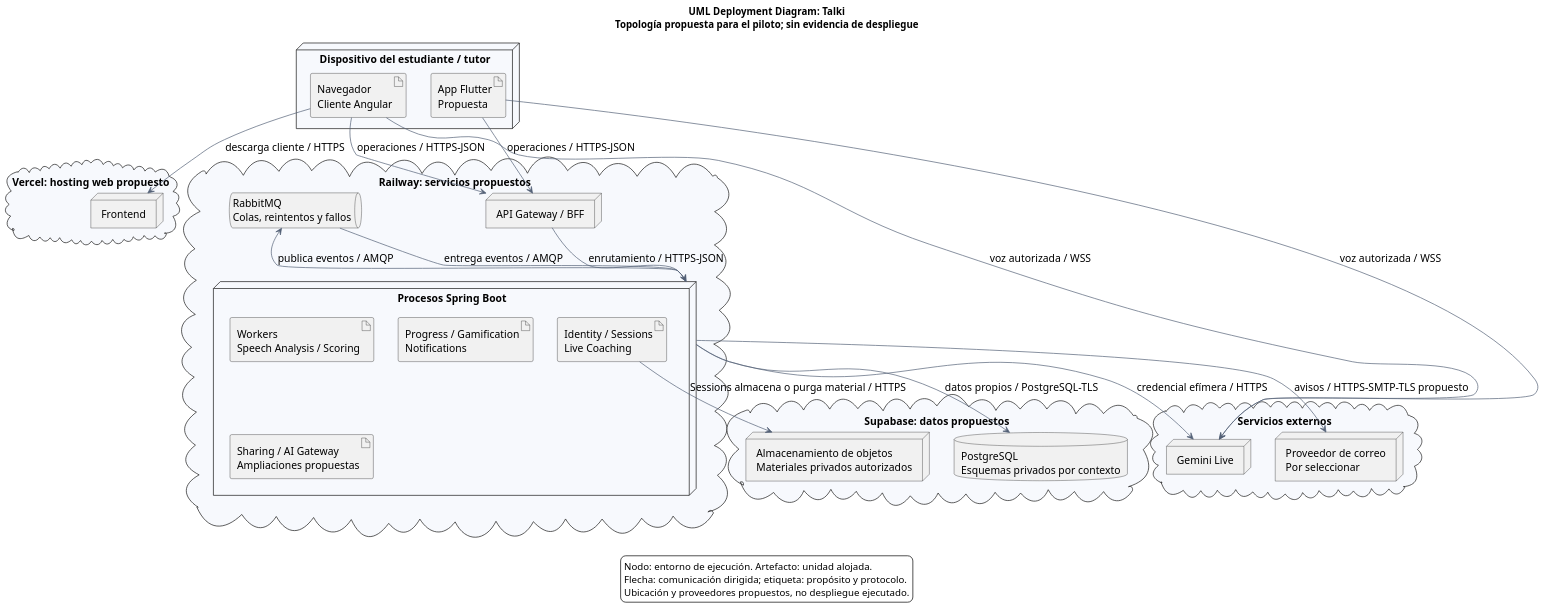
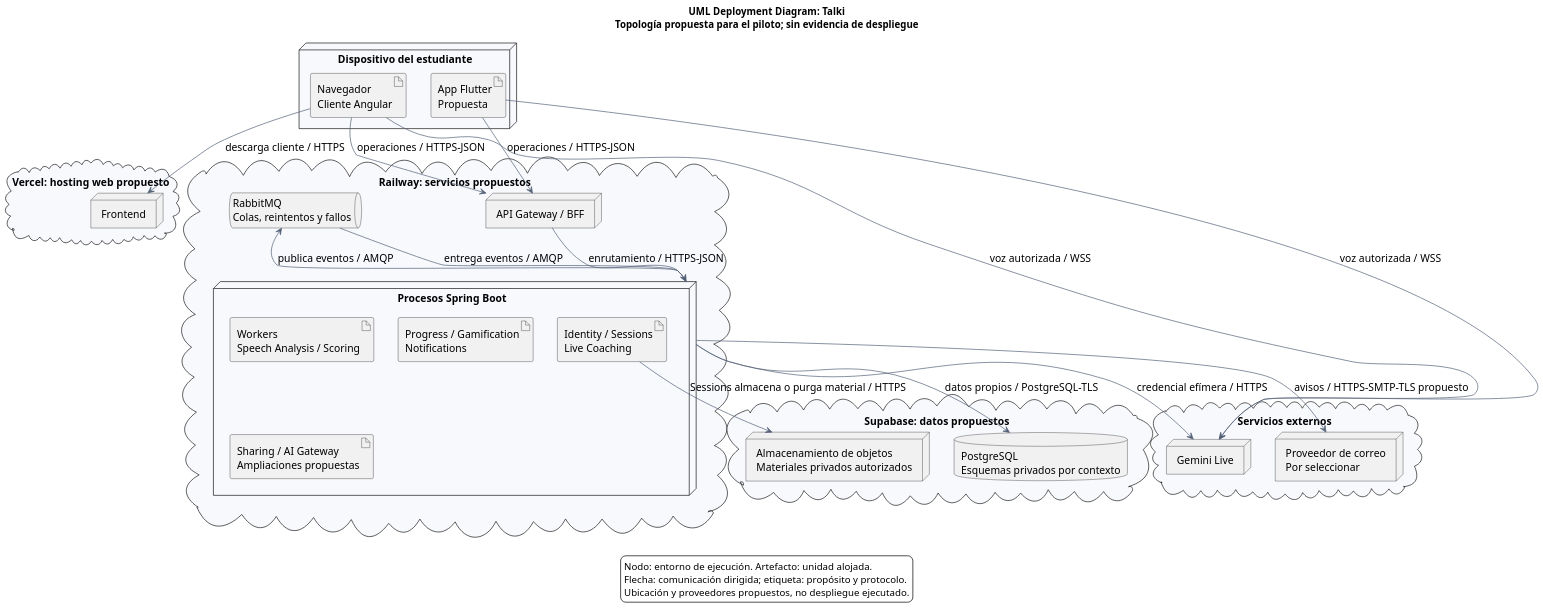
The diagram in assets/diagrams/c4/deployment.puml (upc-pre-202620-si728-16365-thropic/talki-project-report), drawn with PlantUML before and after one commit. The commit also changed 72 other files, not shown here.

```diff
--- a/assets/diagrams/c4/deployment.puml
+++ b/assets/diagrams/c4/deployment.puml
@@ -1,60 +1,60 @@
 @startuml
 skinparam defaultFontName Arial
 skinparam defaultFontSize 15
 skinparam shadowing false
 skinparam componentStyle uml2
 skinparam backgroundColor white
 skinparam componentBackgroundColor #EAF0FF
 skinparam componentBorderColor #1749B5
 skinparam ArrowColor #536177
 skinparam packageBackgroundColor #F7F9FD
 skinparam dpi 130
 skinparam nodesep 35
 skinparam ranksep 50
 title
 UML Deployment Diagram: Talki
 Topología propuesta para el piloto; sin evidencia de despliegue
 end title
-node "Dispositivo del estudiante / tutor" {
+node "Dispositivo del estudiante" {
   artifact "Navegador\nCliente Angular" as browser
   artifact "App Flutter\nPropuesta" as mobile
 }
 cloud "Vercel: hosting web propuesto" {
   node "Frontend" as frontend
 }
 cloud "Railway: servicios propuestos" {
   node "API Gateway / BFF" as gateway
   node "Procesos Spring Boot" as services {
     artifact "Identity / Sessions\nLive Coaching" as core
     artifact "Workers\nSpeech Analysis / Scoring" as workers
     artifact "Progress / Gamification\nNotifications" as support
     artifact "Sharing / AI Gateway\nAmpliaciones propuestas" as extension
   }
   queue "RabbitMQ\nColas, reintentos y fallos" as broker
 }
 cloud "Supabase: datos propuestos" {
   database "PostgreSQL\nEsquemas privados por contexto" as pg
   node "Almacenamiento de objetos\nMateriales privados autorizados" as storage
 }
 cloud "Servicios externos" {
   node "Gemini Live" as ai
   node "Proveedor de correo\nPor seleccionar" as mail
 }
 browser --> frontend : descarga cliente / HTTPS
 browser --> gateway : operaciones / HTTPS-JSON
 mobile --> gateway : operaciones / HTTPS-JSON
 gateway --> services : enrutamiento / HTTPS-JSON
 services --> broker : publica eventos / AMQP
 broker --> services : entrega eventos / AMQP
 services --> pg : datos propios / PostgreSQL-TLS
 core --> storage : Sessions almacena o purga material / HTTPS
 services --> ai : credencial efímera / HTTPS
 browser -[norank]-> ai : voz autorizada / WSS
 mobile -[norank]-> ai : voz autorizada / WSS
 services --> mail : avisos / HTTPS-SMTP-TLS propuesto
 legend bottom
 Nodo: entorno de ejecución. Artefacto: unidad alojada.
 Flecha: comunicación dirigida; etiqueta: propósito y protocolo.
 Ubicación y proveedores propuestos, no despliegue ejecutado.
 endlegend
 @enduml
```
